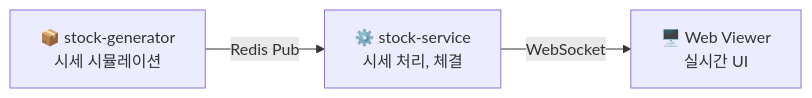
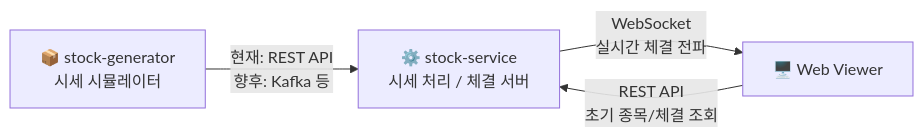
The diagram in profile/README.md (xray-stock/.github), drawn with Mermaid before and after one commit. The commit also changed other lines of this file, not shown here.

`````diff
--- a/profile/README.md
+++ b/profile/README.md
@@ -20,5 +20,6 @@
 ```mermaid
 graph LR
-    A[📦 stock-generator<br/>시세 시뮬레이션] -->|Redis Pub| B[⚙️ stock-service<br/>시세 처리, 체결]
-    B -->|WebSocket| C[🖥️ Web Viewer<br/>실시간 UI]
+    A[📦 stock-generator<br/>시세 시뮬레이터] -->|현재: REST API<br/>향후: Kafka 등| B[⚙️ stock-service<br/>시세 처리 / 체결 서버]
+    B -->|WebSocket<br/>실시간 체결 전파| C[🖥️ Web Viewer]
+    C -->|REST API<br/>초기 종목/체결 조회| B
 ````
`````
